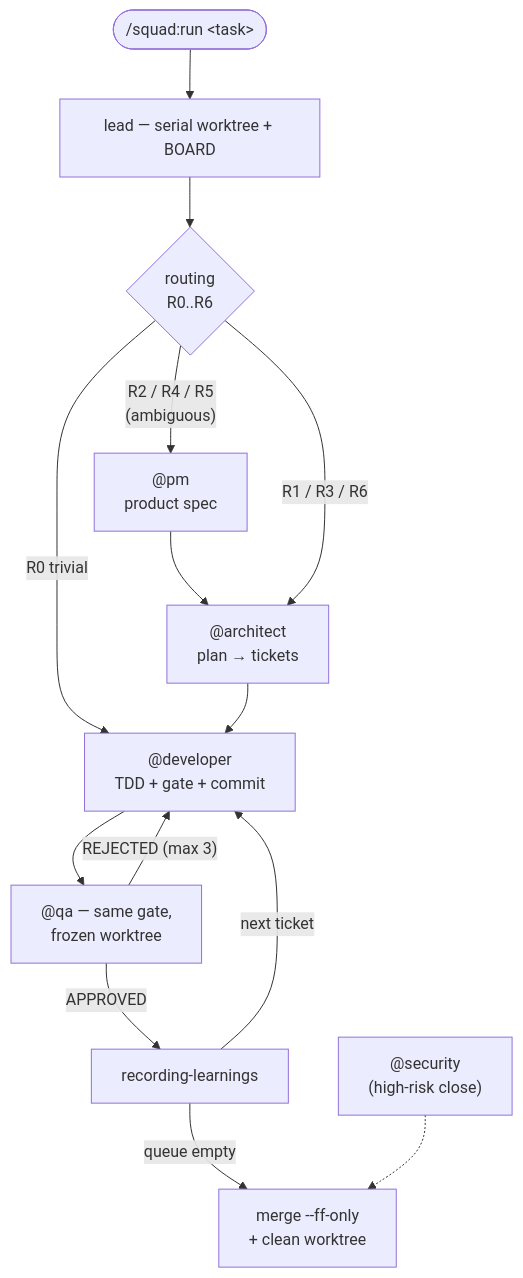
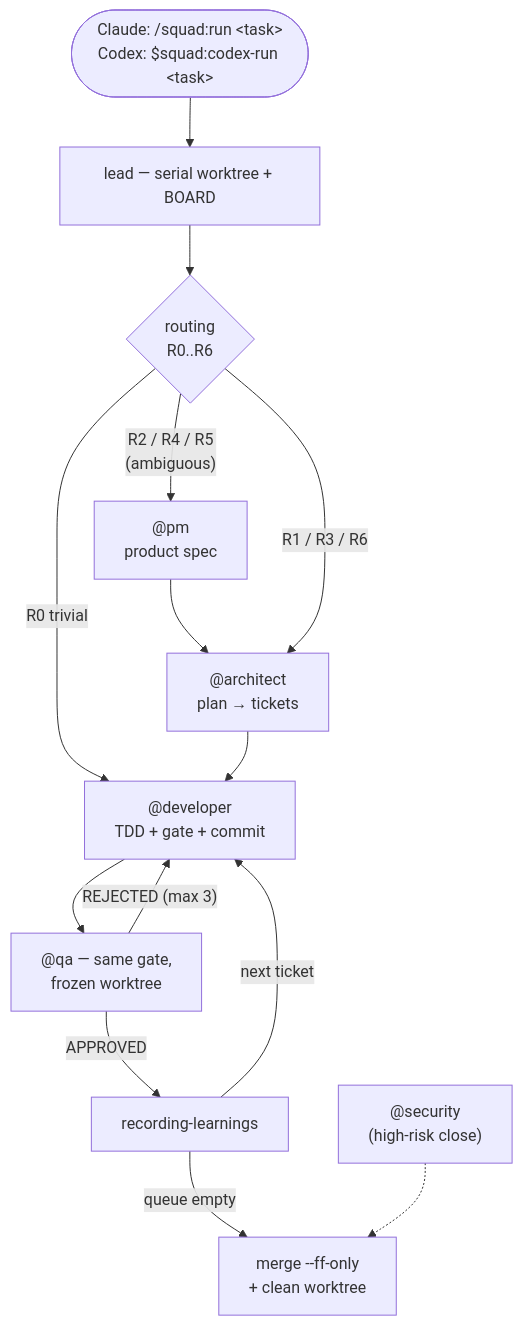
One commit to danielfarnose/claude-code-dev-loop changed the diagram in README.md. Above: the diagram before and after it, drawn with Mermaid. The commit also changed other lines of this file and 23 other files, not shown here.

First line of the commit message:
feat: add Codex support without changing Claude workflow

````diff
--- a/README.md
+++ b/README.md
@@ -17,16 +95,16 @@
 ```mermaid
 flowchart TD
-    T(["/squad:run &lt;task&gt;"]) --> W["lead — serial worktree + BOARD"]
+    T(["Claude: /squad:run &lt;task&gt;<br/>Codex: $squad:codex-run &lt;task&gt;"]) --> W["lead — serial worktree + BOARD"]
     W --> R{"routing<br/>R0..R6"}
     R -- "R2 / R4 / R5<br/>(ambiguous)" --> PM["@pm<br/>product spec"]
     PM --> A
     R -- "R1 / R3 / R6" --> A["@architect<br/>plan → tickets"]
     R -- "R0 trivial" --> D
     A --> D["@developer<br/>TDD + gate + commit"]
     D --> Q["@qa — same gate,<br/>frozen worktree"]
     Q -- "REJECTED (max 3)" --> D
     Q -- "APPROVED" --> L["recording-learnings"]
     L -- "next ticket" --> D
     L -- "queue empty" --> M["merge --ff-only<br/>+ clean worktree"]
     S["@security<br/>(high-risk close)"] -.-> M
 ```
````
